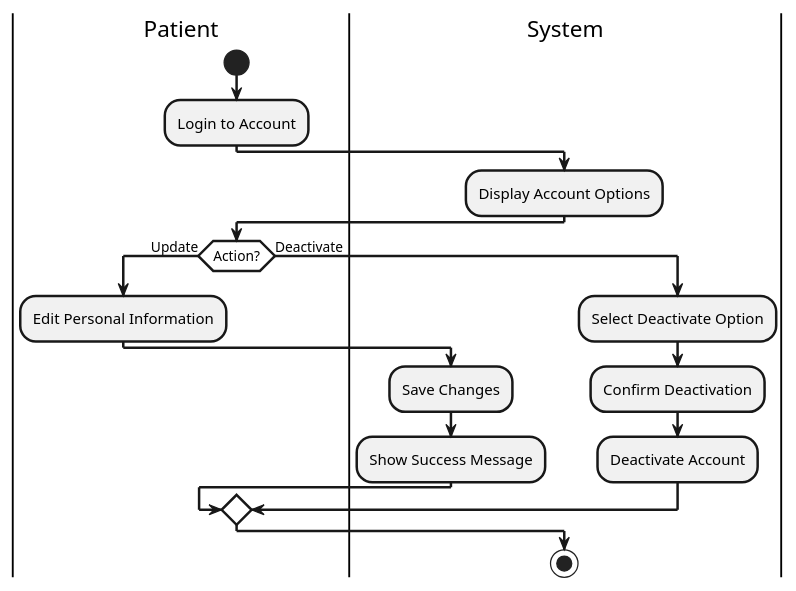
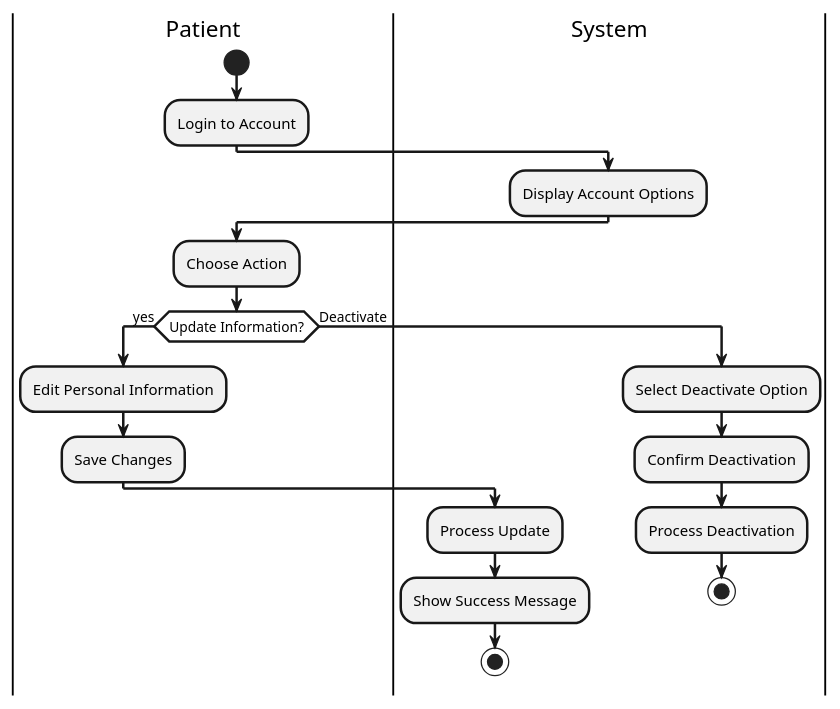
Before and after one commit to KuroKage-001/Mamatid_MedClinic: the diagram in dist/02 - diagrams/Activity_Diagrams/patient_update_deactivate_account_activity.puml, drawn with PlantUML. The commit also changed 15 other files, not shown here.

```diff
--- a/dist/02 - diagrams/Activity_Diagrams/patient_update_deactivate_account_activity.puml
+++ b/dist/02 - diagrams/Activity_Diagrams/patient_update_deactivate_account_activity.puml
@@ -1,32 +1,33 @@
 @startuml
 skinparam defaultTextAlignment center
 skinparam ArrowThickness 2
 skinparam ActivityBorderThickness 2
 skinparam ActivityDiamondBackgroundColor white
 skinparam ActivityDiamondBorderThickness 2
 
 |Patient|
 start
 :Login to Account;
 
 |System|
 :Display Account Options;
 
 |Patient|
-if (Action?) then (Update)
+:Choose Action;
+
+if (Update Information?) then (yes)
   :Edit Personal Information;
-  
+  :Save Changes;
   |System|
-  :Save Changes;
+  :Process Update;
   :Show Success Message;
+  stop
 else (Deactivate)
   :Select Deactivate Option;
   :Confirm Deactivation;
-  
   |System|
-  :Deactivate Account;
+  :Process Deactivation;
+  stop
 endif
 
-stop
-
-@enduml 
+@enduml
```
